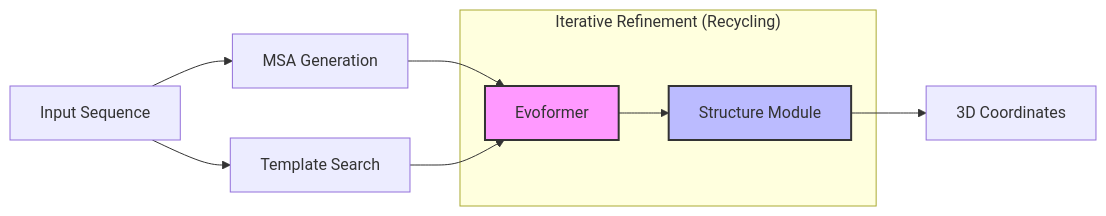
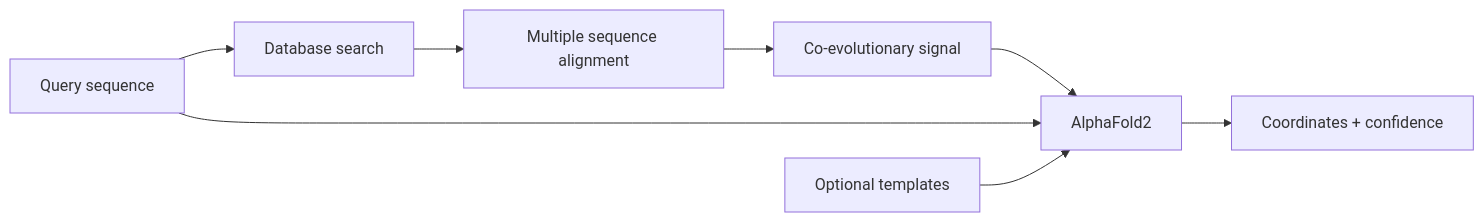
One commit to RosettaMLBootCamp2025/RosettaMLBootCamp2025.github.io changed the diagram in tuesday/3-alphafold2.qmd. Above: the diagram before and after it, drawn with Mermaid. The commit also changed other lines of this file and 130 other files, not shown here.

````diff
--- a/tuesday/3-alphafold2.qmd
+++ b/tuesday/3-alphafold2.qmd
@@ -71,19 +129,10 @@
 ```{mermaid}
 flowchart LR
-    Seq[Input Sequence] --> MSA[MSA Generation]
-    Seq --> Templ[Template Search]
-    
-    MSA --> Evo[Evoformer]
-    Templ --> Evo
-    
-    Evo --> Struct[Structure Module]
-    Struct --> Coord[3D Coordinates]
-    
-    subgraph "Iterative Refinement (Recycling)"
-    Evo
-    Struct
-    end
-    
-    style Evo fill:#f9f,stroke:#333,stroke-width:2px
-    style Struct fill:#bbf,stroke:#333,stroke-width:2px
+    Seq[Query sequence] --> Search[Database search]
+    Search --> MSA[Multiple sequence alignment]
+    MSA --> Coev[Co-evolutionary signal]
+    Coev --> Model[AlphaFold2]
+    Seq --> Model
+    Templates[Optional templates] --> Model
+    Model --> Structure[Coordinates + confidence]
 ```
````
